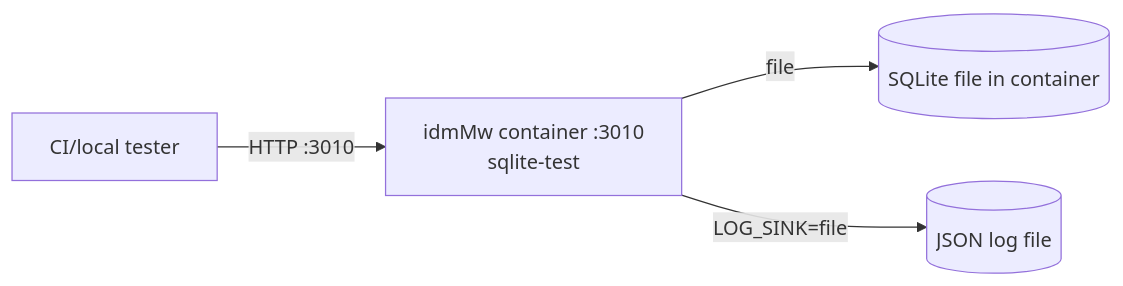
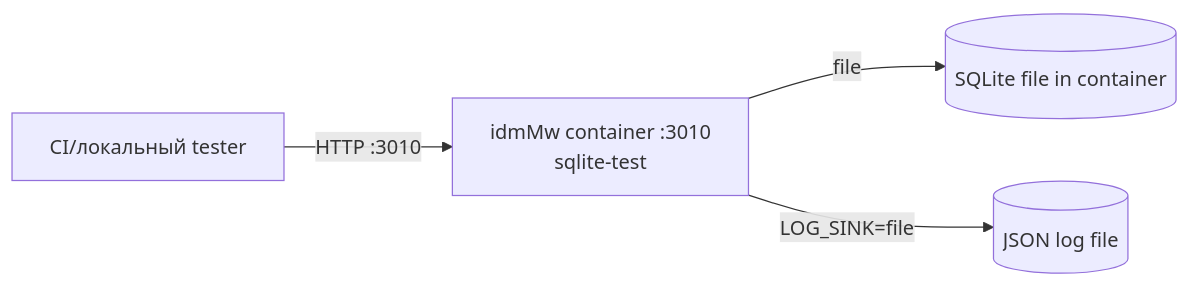
One commit to igorlyapin-max/idmMw changed the first of 3 diagrams in aa/deployment.md. Above: the diagram before and after it, drawn with Mermaid. The commit also changed other lines of this file and 11 other files, not shown here.

Commit message:
docs: translate architecture artifacts to Russian

````diff
--- a/aa/deployment.md
+++ b/aa/deployment.md
@@ -12,11 +12,11 @@
 ```mermaid
 flowchart LR
-  Tester[CI/local tester]
+  Tester[CI/локальный tester]
   App[idmMw container :3010\nsqlite-test]
   SQLite[(SQLite file in container)]
   Logs[(JSON log file)]
 
   Tester -->|HTTP :3010| App
   App -->|file| SQLite
   App -->|LOG_SINK=file| Logs
 ```
````
